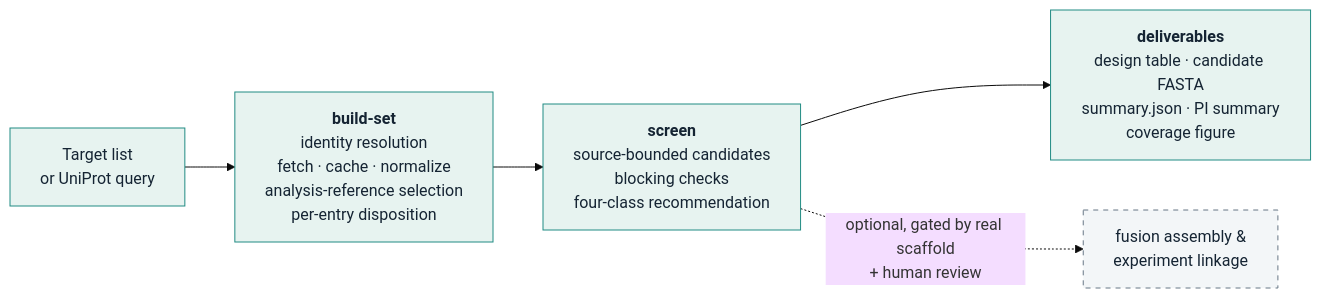
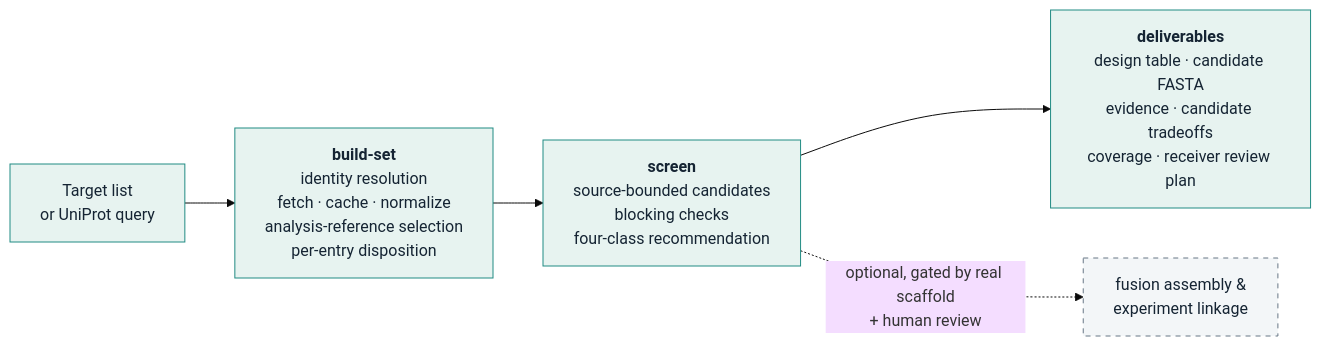
Before and after one commit to KaixuanLi-sibcb/ecd-snipr-harness: the diagram in README.md, drawn with Mermaid (base theme). The commit also changed other lines of this file and 26 other files, not shown here.

````diff
--- a/README.md
+++ b/README.md
@@ -16,11 +16,11 @@
 ```mermaid
 flowchart LR
     A["Target list<br/>or UniProt query"] --> B["<b>build-set</b><br/>identity resolution<br/>fetch · cache · normalize<br/>analysis-reference selection<br/>per-entry disposition"]
     B --> C["<b>screen</b><br/>source-bounded candidates<br/>blocking checks<br/>four-class recommendation"]
-    C --> D["<b>deliverables</b><br/>design table · candidate FASTA<br/>summary.json · PI summary<br/>coverage figure"]
+    C --> D["<b>deliverables</b><br/>design table · candidate FASTA<br/>evidence · candidate tradeoffs<br/>coverage · receiver review plan"]
     C -.->|"optional, gated by real scaffold<br/>+ human review"| E["fusion assembly &<br/>experiment linkage"]
     classDef main fill:#E7F3F0,stroke:#208B83,color:#152433
     classDef opt fill:#F3F6F8,stroke:#667685,stroke-dasharray:5 5,color:#152433
     class A,B,C,D main
     class E opt
 ```
````
